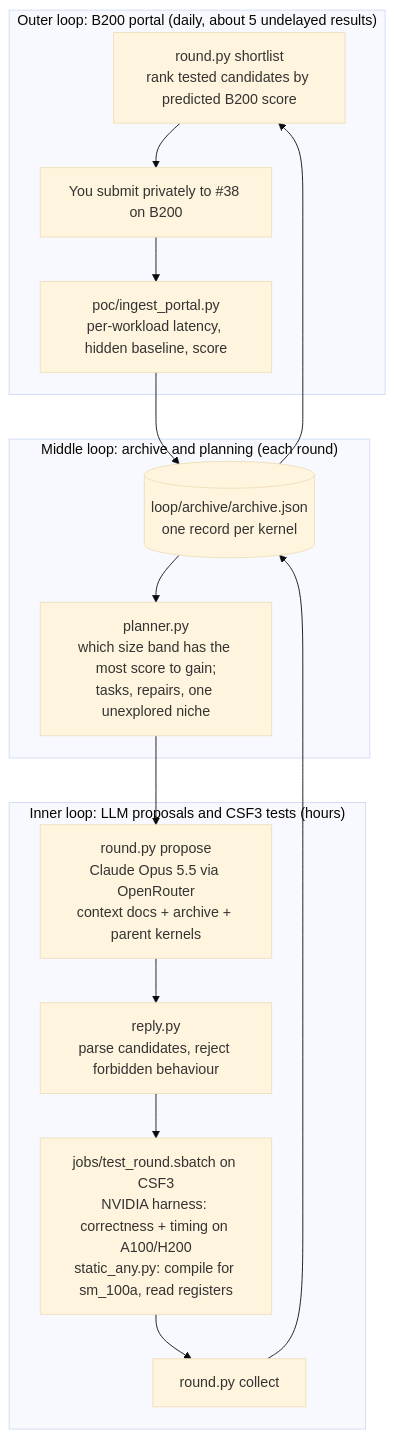
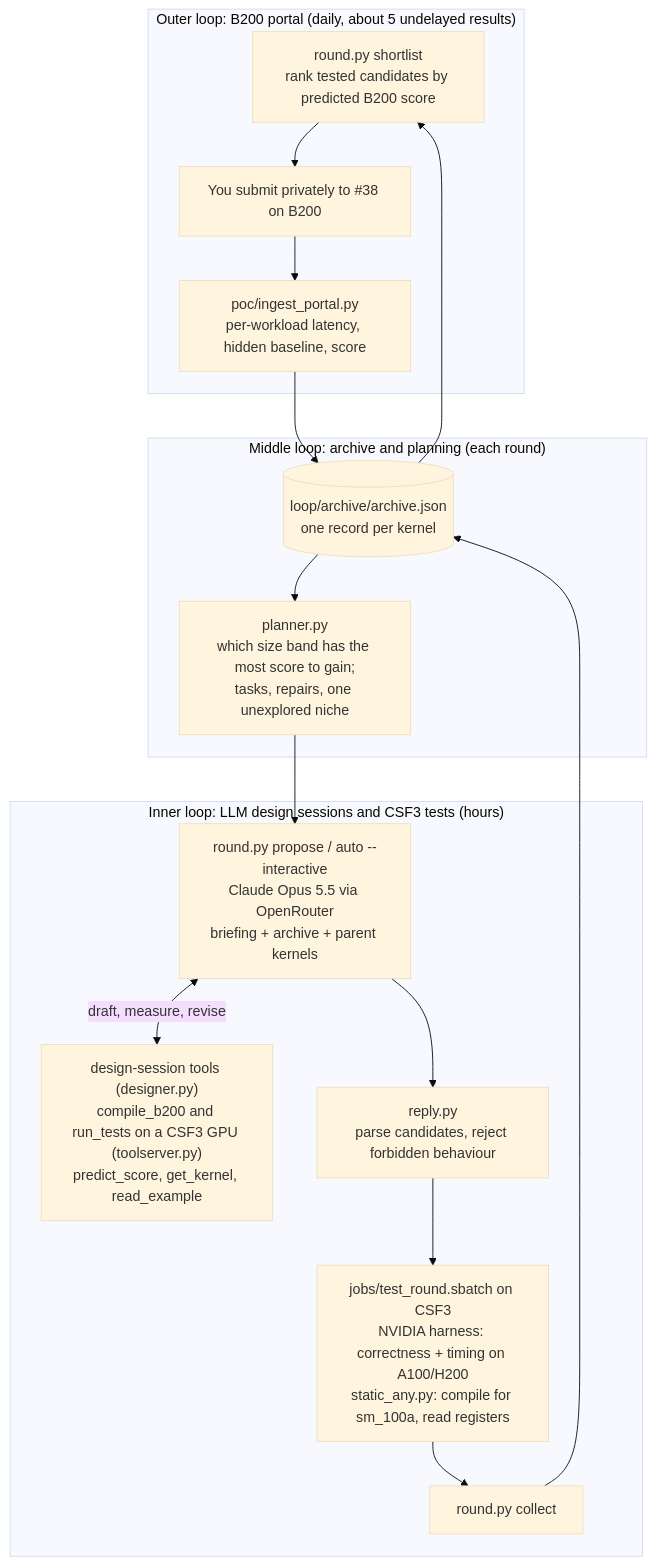
The diagram in README.md (Hha21/execbench-test), drawn with Mermaid (base theme) before and after one commit. The commit also changed other lines of this file and 50 other files, not shown here.

First line of the commit message:
Interactive design sessions with GPU tools; B200 SOTA research; cache-hint findings

````diff
--- a/README.md
+++ b/README.md
@@ -25,25 +25,27 @@
 ```mermaid
 flowchart TB
     subgraph outer["Outer loop: B200 portal (daily, about 5 undelayed results)"]
         SL["round.py shortlist<br/>rank tested candidates by predicted B200 score"]
         SUB["You submit privately to #38 on B200"]
         ING["poc/ingest_portal.py<br/>per-workload latency, hidden baseline, score"]
         SL --> SUB --> ING
     end
     subgraph middle["Middle loop: archive and planning (each round)"]
         ARC[("loop/archive/archive.json<br/>one record per kernel")]
         PLAN["planner.py<br/>which size band has the most score to gain;<br/>tasks, repairs, one unexplored niche"]
         ARC --> PLAN
     end
-    subgraph inner["Inner loop: LLM proposals and CSF3 tests (hours)"]
-        PROP["round.py propose<br/>Claude Opus 5.5 via OpenRouter<br/>context docs + archive + parent kernels"]
+    subgraph inner["Inner loop: LLM design sessions and CSF3 tests (hours)"]
+        PROP["round.py propose / auto --interactive<br/>Claude Opus 5.5 via OpenRouter<br/>briefing + archive + parent kernels"]
+        TOOLS["design-session tools (designer.py)<br/>compile_b200 and run_tests on a CSF3 GPU (toolserver.py)<br/>predict_score, get_kernel, read_example"]
+        PROP <-->|"draft, measure, revise"| TOOLS
         LINT["reply.py<br/>parse candidates, reject forbidden behaviour"]
         TEST["jobs/test_round.sbatch on CSF3<br/>NVIDIA harness: correctness + timing on A100/H200<br/>static_any.py: compile for sm_100a, read registers"]
         COL["round.py collect"]
         PROP --> LINT --> TEST --> COL
     end
     PLAN --> PROP
     COL --> ARC
     ING --> ARC
     ARC --> SL
 ```
````
